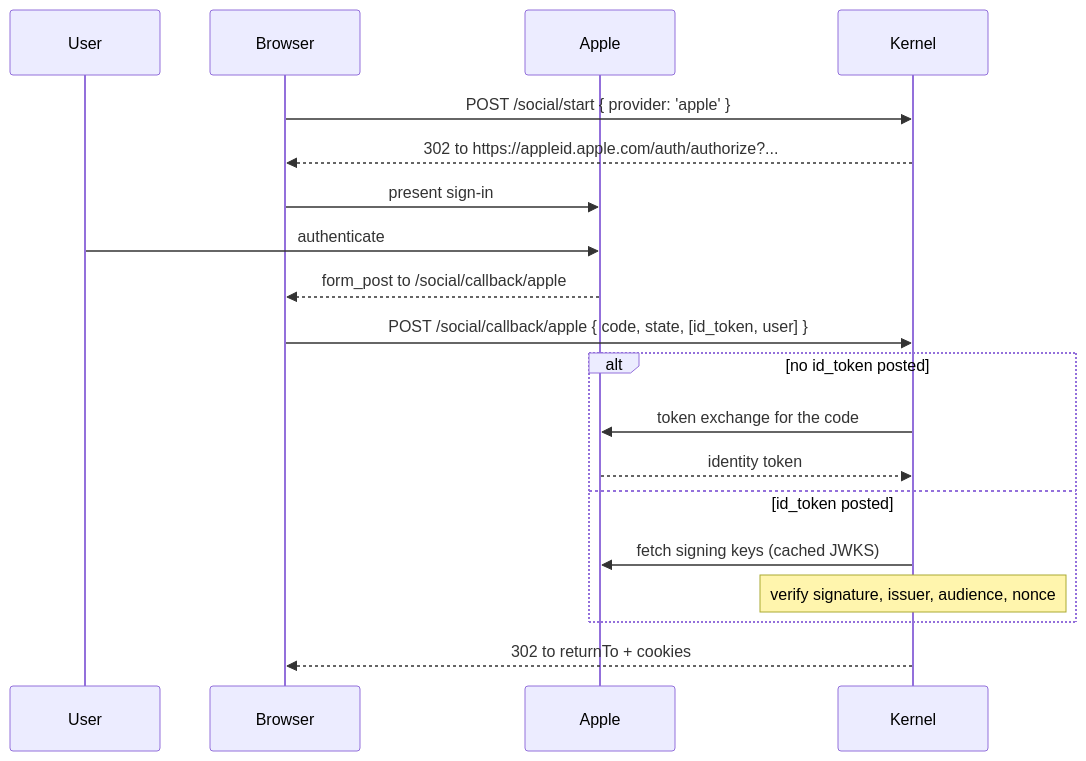
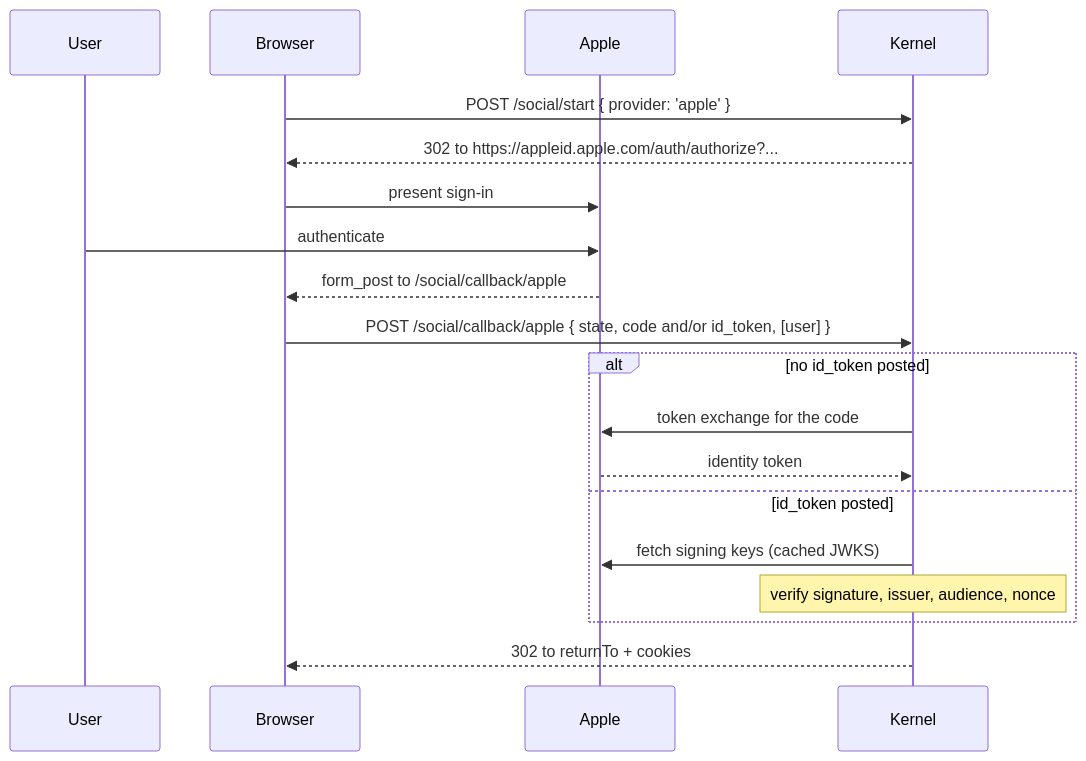
One commit to 21nCo/superfunctions changed the first of 2 diagrams in authfn/docs/content/docs/plugins/social-oauth/apple.md. Above: the diagram before and after it, drawn with Mermaid. The commit also changed other lines of this file and 1 other file, not shown here.

First line of the commit message:
docs(authfn): Apple callback takes code and/or id_token; native audience includes clientId

````diff
--- a/authfn/docs/content/docs/plugins/social-oauth/apple.md
+++ b/authfn/docs/content/docs/plugins/social-oauth/apple.md
@@ -55,22 +55,22 @@
 ```mermaid
 sequenceDiagram
   participant User
   participant Browser
   participant Apple
   participant Kernel
 
   Browser->>Kernel: POST /social/start { provider: 'apple' }
   Kernel-->>Browser: 302 to https://appleid.apple.com/auth/authorize?...
   Browser->>Apple: present sign-in
   User->>Apple: authenticate
   Apple-->>Browser: form_post to /social/callback/apple
-  Browser->>Kernel: POST /social/callback/apple { code, state, [id_token, user] }
+  Browser->>Kernel: POST /social/callback/apple { state, code and/or id_token, [user] }
   alt no id_token posted
     Kernel->>Apple: token exchange for the code
     Apple-->>Kernel: identity token
   else id_token posted
     Kernel->>Apple: fetch signing keys (cached JWKS)
     Note over Kernel: verify signature, issuer, audience, nonce
   end
   Kernel-->>Browser: 302 to returnTo + cookies
 ```
````
